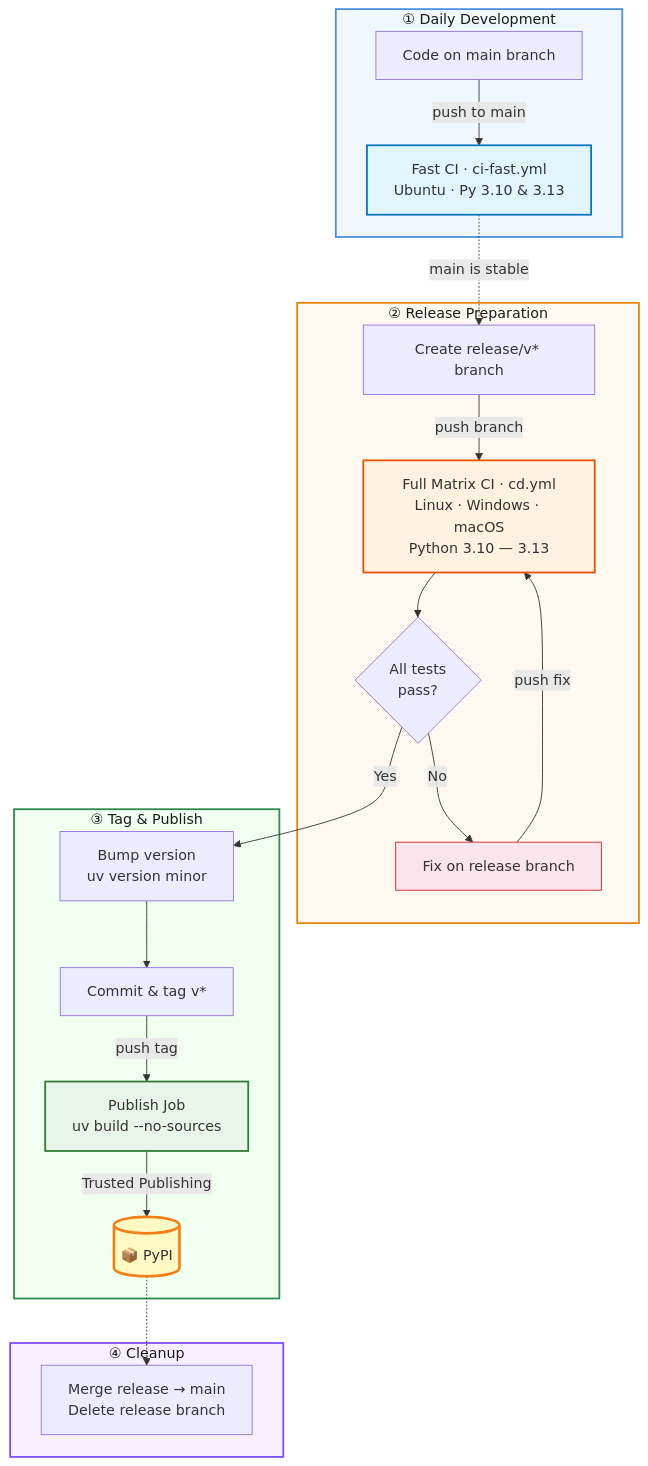
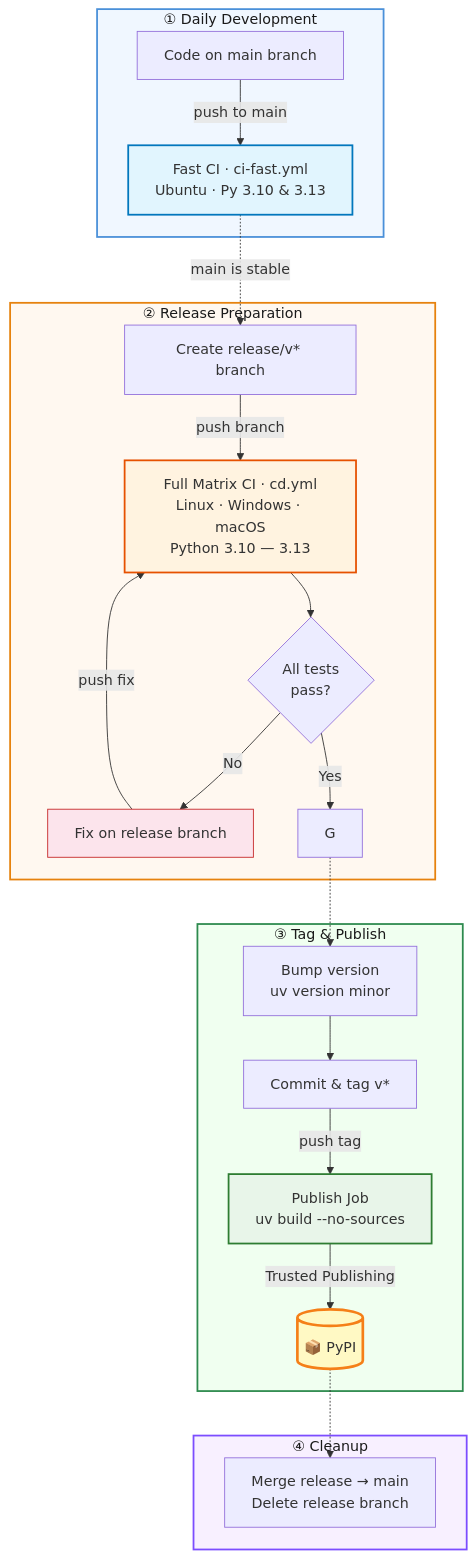
One commit to andrewendlinger/xmris changed the diagram in docs/contributing/publishing.md. Above: the diagram before and after it, drawn with Mermaid. The commit also changed other lines of this file and 1 other file, not shown here.

Commit message:
refactor: amares source dependency and publishing documentation

````diff
--- a/docs/contributing/publishing.md
+++ b/docs/contributing/publishing.md
@@ -88,40 +79,41 @@
 ```mermaid
 flowchart TD
     subgraph dev ["① Daily Development"]
         A[Code on main branch] -->|push to main| B[Fast CI · ci-fast.yml<br>Ubuntu · Py 3.10 & 3.13]
     end
 
     B -.->|main is stable| C
 
     subgraph release ["② Release Preparation"]
         C[Create release/v* branch] -->|push branch| D[Full Matrix CI · cd.yml<br>Linux · Windows · macOS<br>Python 3.10 — 3.13]
         D --> E{All tests<br>pass?}
         E -->|No| F[Fix on release branch]
         F -->|push fix| D
+        E -->|Yes| G
     end
 
-    E -->|Yes| G
+    G -.-> H
 
     subgraph publish ["③ Tag & Publish"]
-        G[Bump version<br>uv version minor] --> H[Commit & tag v*]
-        H -->|push tag| I[Publish Job<br>uv build --no-sources]
-        I -->|Trusted Publishing| J[(📦 PyPI)]
+        H[Bump version<br>uv version minor] --> I[Commit & tag v*]
+        I -->|push tag| J[Publish Job<br>uv build --no-sources]
+        J -->|Trusted Publishing| K[(📦 PyPI)]
     end
 
-    J -.-> K
+    K -.-> L
 
     subgraph cleanup ["④ Cleanup"]
-        K[Merge release → main<br>Delete release branch]
+        L[Merge release → main<br>Delete release branch]
     end
 
     style dev fill:#f0f7ff,stroke:#4a90d9,stroke-width:2px,color:#1a1a1a
     style release fill:#fff8f0,stroke:#e6820e,stroke-width:2px,color:#1a1a1a
     style publish fill:#f0fff0,stroke:#2d8a4e,stroke-width:2px,color:#1a1a1a
     style cleanup fill:#f8f0ff,stroke:#7c4dff,stroke-width:2px,color:#1a1a1a
 
     style B fill:#e1f5fe,stroke:#0277bd,stroke-width:2px
     style D fill:#fff3e0,stroke:#e65100,stroke-width:2px
     style F fill:#fce4ec,stroke:#c62828
-    style I fill:#e8f5e9,stroke:#2e7d32,stroke-width:2px
-    style J fill:#fff9c4,stroke:#f57f17,stroke-width:3px
+    style J fill:#e8f5e9,stroke:#2e7d32,stroke-width:2px
+    style K fill:#fff9c4,stroke:#f57f17,stroke-width:3px
 ```
````
